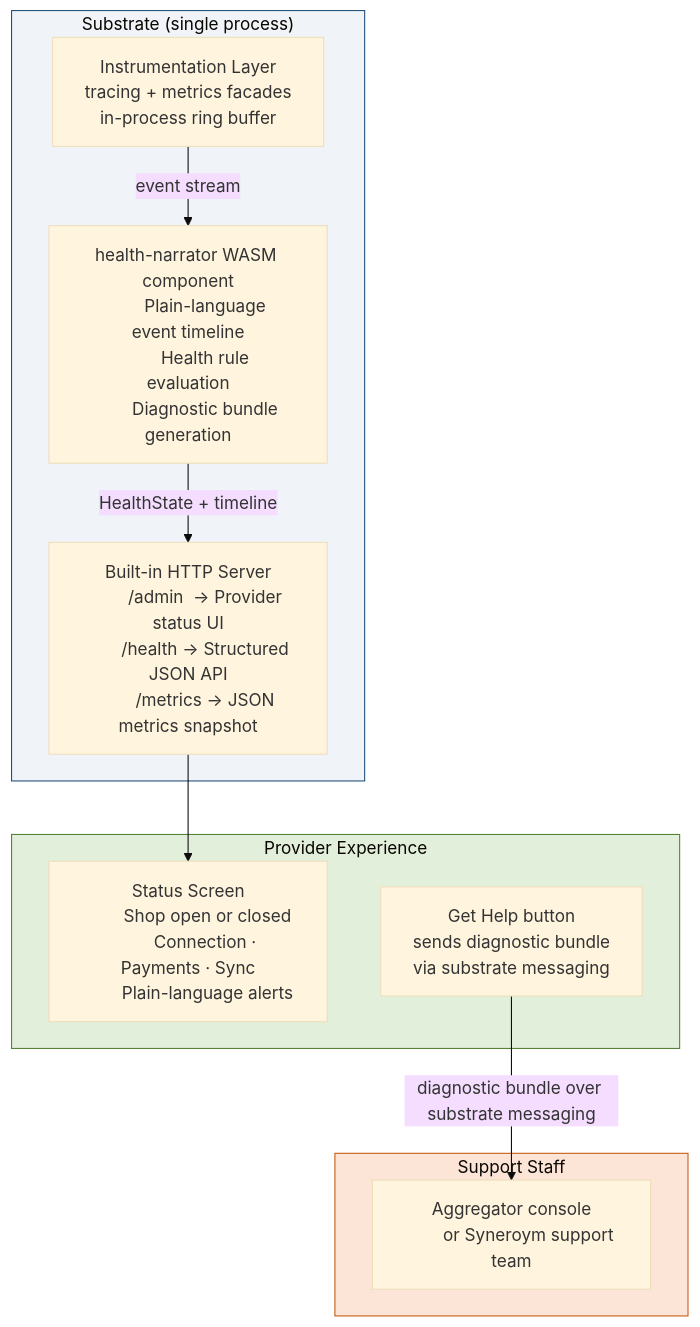
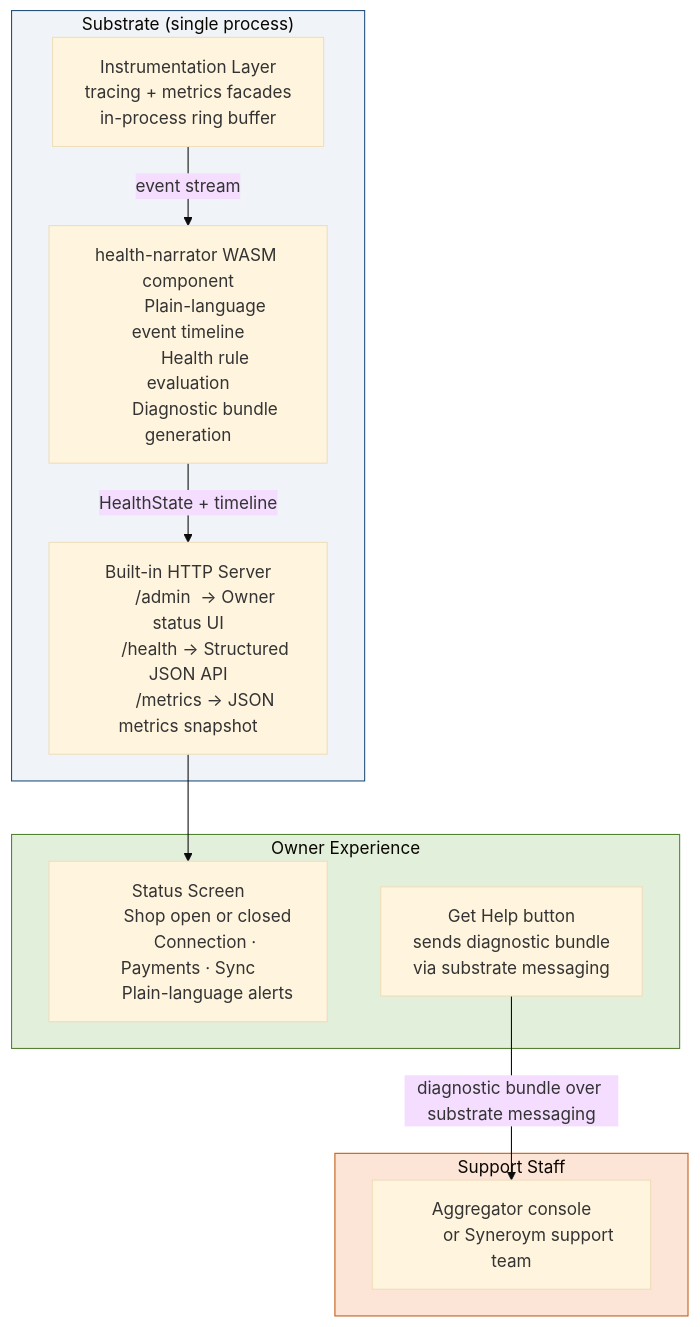
One commit to syneroym/syneroym changed diagram 21 of 23 in docs/system-architecture.md. Above: the diagram before and after it, drawn with Mermaid (base theme). The commit also changed other lines of this file and 106 other files, not shown here.

````diff
--- a/docs/system-architecture.md
+++ b/docs/system-architecture.md
@@ -1519,42 +1519,42 @@
 ```mermaid
 flowchart TD
     subgraph SUBSTRATE["Substrate (single process)"]
         INSTR["Instrumentation Layer
         tracing + metrics facades
         in-process ring buffer"]
 
         HN["health-narrator WASM component
         Plain-language event timeline
         Health rule evaluation
         Diagnostic bundle generation"]
 
         HTTP["Built-in HTTP Server
-        /admin  → Provider status UI
+        /admin  → Owner status UI
         /health → Structured JSON API
         /metrics → JSON metrics snapshot"]
     end
 
-    subgraph PROVIDER_UI["Provider Experience"]
+    subgraph OWNER_UI["Owner Experience"]
         UI["Status Screen
         Shop open or closed
         Connection · Payments · Sync
         Plain-language alerts"]
         HELP["Get Help button
         sends diagnostic bundle
         via substrate messaging"]
     end
 
     subgraph SUPPORT["Support Staff"]
         AGG["Aggregator console
         or Syneroym support team"]
     end
 
     INSTR -->|event stream| HN
     HN -->|HealthState + timeline| HTTP
     HTTP --> UI
     HELP -->|diagnostic bundle over substrate messaging| AGG
 
     style SUBSTRATE fill:#f0f4f8,stroke:#1F4E79
-    style PROVIDER_UI fill:#E2EFDA,stroke:#548235
+    style OWNER_UI fill:#E2EFDA,stroke:#548235
     style SUPPORT fill:#FCE4D6,stroke:#C55A11
 ```
````
